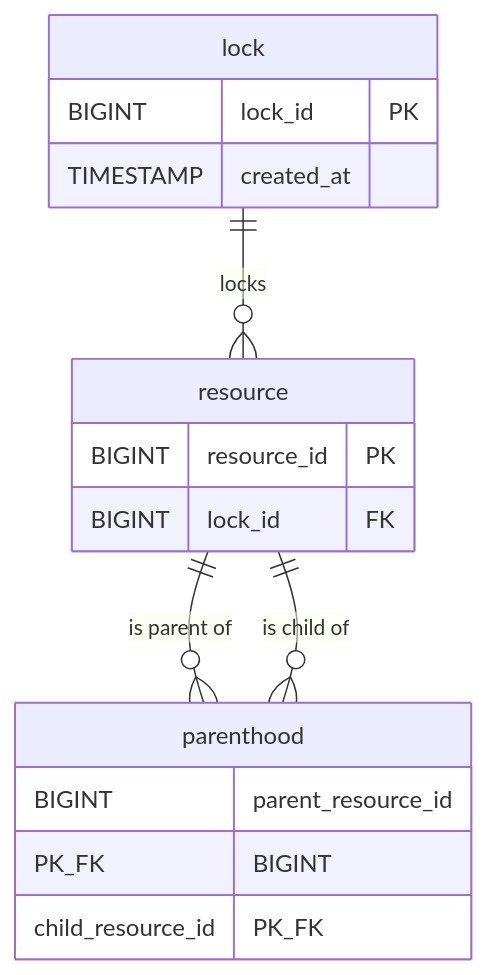
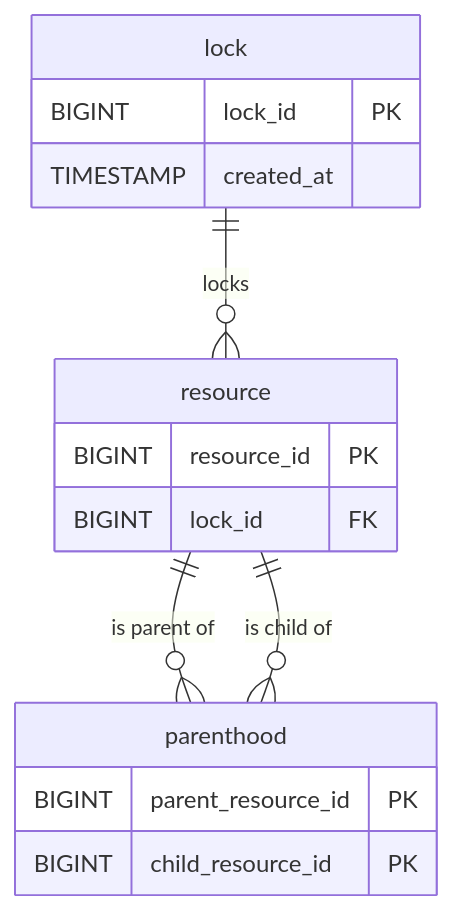
The diagram in README.md (flower-org/F-Locker), drawn with Mermaid before and after one commit.

Commit message:
Readme updated

````diff
--- a/README.md
+++ b/README.md
@@ -6,19 +6,19 @@
 ```mermaid
 erDiagram
     lock {
         BIGINT lock_id PK
         TIMESTAMP created_at
     }
     resource {
         BIGINT resource_id PK
         BIGINT lock_id FK
     }
     parenthood {
-        BIGINT parent_resource_id PK_FK
-        BIGINT child_resource_id PK_FK
+        BIGINT parent_resource_id PK
+        BIGINT child_resource_id PK
     }
 
     lock ||--o{ resource : "locks"
     resource ||--o{ parenthood : "is parent of"
     resource ||--o{ parenthood : "is child of"
 ```
````
